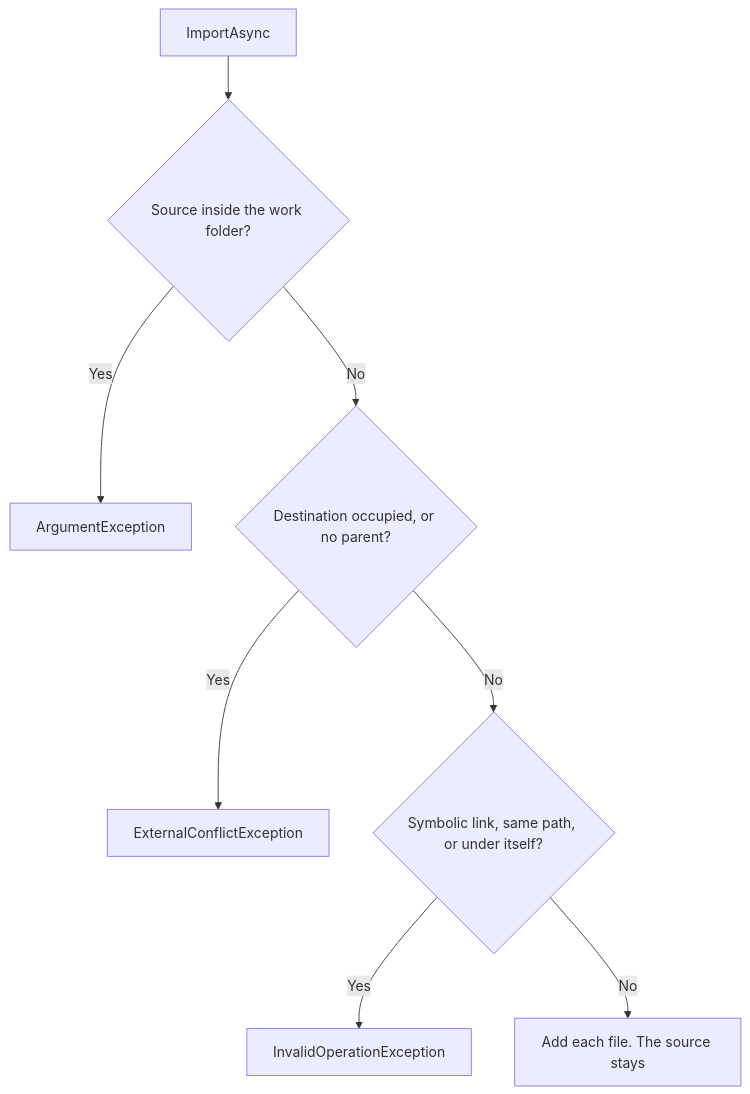
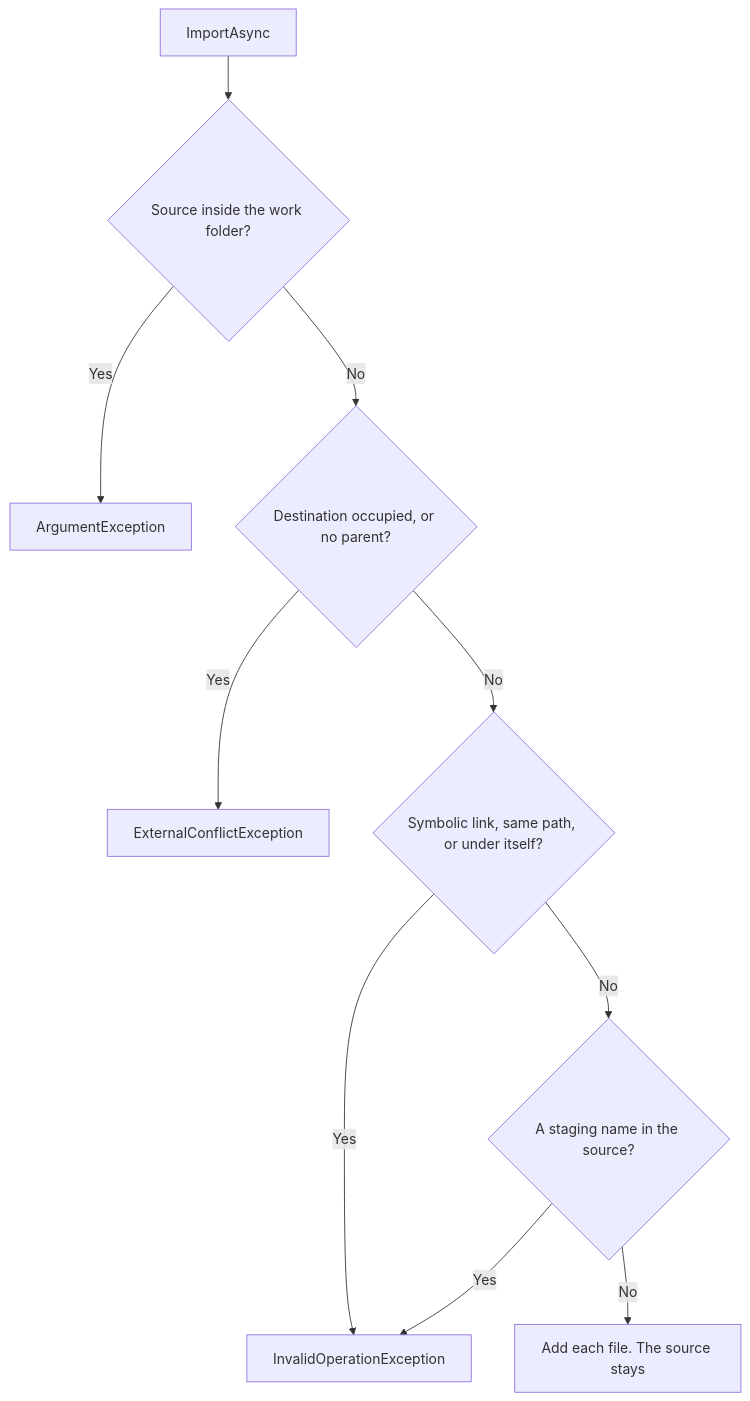
One commit to YUKIKEDA/Txfio changed diagram 12 of 15 in README.md. Above: the diagram before and after it, drawn with Mermaid. The commit also changed 1 other file, not shown here.

Commit message:
docs: show the staging-name rejection in the ImportAsync flowchart (#335)
The pre-release documentation review for 0.2.0 found that the
ImportAsync flowchart in README.md and README.ja.md did not show the
InvalidOperationException for a staging name in the source, which the
text above it describes. Also write the swap backup as
`{name}.{txid}.txold` in README.ja.md, as elsewhere.

Closes #334

````diff
--- a/README.md
+++ b/README.md
@@ -417,10 +417,12 @@
 ```mermaid
 flowchart TD
   imp["ImportAsync"] --> inside{"Source inside the work folder?"}
   inside -->|Yes| arg["ArgumentException"]
   inside -->|No| blocked{"Destination occupied, or no parent?"}
   blocked -->|Yes| ext["ExternalConflictException"]
   blocked -->|No| bad{"Symbolic link, same path, or under itself?"}
   bad -->|Yes| inv["InvalidOperationException"]
-  bad -->|No| add["Add each file. The source stays"]
+  bad -->|No| staging{"A staging name in the source?"}
+  staging -->|Yes| inv
+  staging -->|No| add["Add each file. The source stays"]
 ```
````
